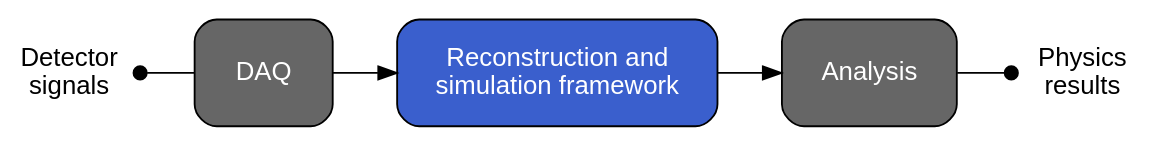
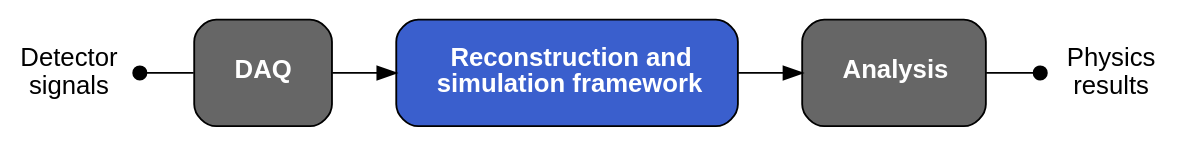
Before and after one commit to Framework-R-D/phlex-design: the diagram in doc/graphviz/framework-scope.gv, drawn with Graphviz.

Commit message:
Make node labels easier to read

```diff
--- a/doc/graphviz/framework-scope.gv
+++ b/doc/graphviz/framework-scope.gv
@@ -1,34 +1,34 @@
 digraph {
   rankdir=LR
   fontsize=10
   margin="1,0.2"
 
   // Set rank separation to zero so that the begin and end labels are close to the block point nodes.
   ranksep=0
 
   // Nodes for processing stages
   node [shape="box",
         style="filled,rounded",
         fontname="Arial",
         fontcolor="white",
         fillcolor="gray40",
         height=0.8,
         margin="0.3,0.15"]
   signals [shape="point", width=0.1, fillcolor="black"]
   results [shape="point", width=0.1, fillcolor="black"]
 
-  DAQ
-  framework [label="Reconstruction and\nsimulation framework", fillcolor="royalblue3"]
-  Analysis
+  DAQ [label=<<b>DAQ</b>>]
+  framework [label=<<b>Reconstruction and<br/>simulation framework</b>>, fillcolor="royalblue3"]
+  Analysis [label=<<b>Analysis</b>>]
 
   // Artificial nodes for creating labels
   node [penwidth="0", style="nofill", fontcolor="black", margin="0,0"];
   startlabel [label="Detector\nsignals"]
   endlabel [label="Physics\nresults"]
 
   startlabel -> signals [style=invis]
   signals -> DAQ [arrowhead=none, minlen=3]
   DAQ -> framework -> Analysis [minlen=4]
   Analysis -> results [arrowhead=none, minlen=3]
   results -> endlabel [style=invis]
 }
```
